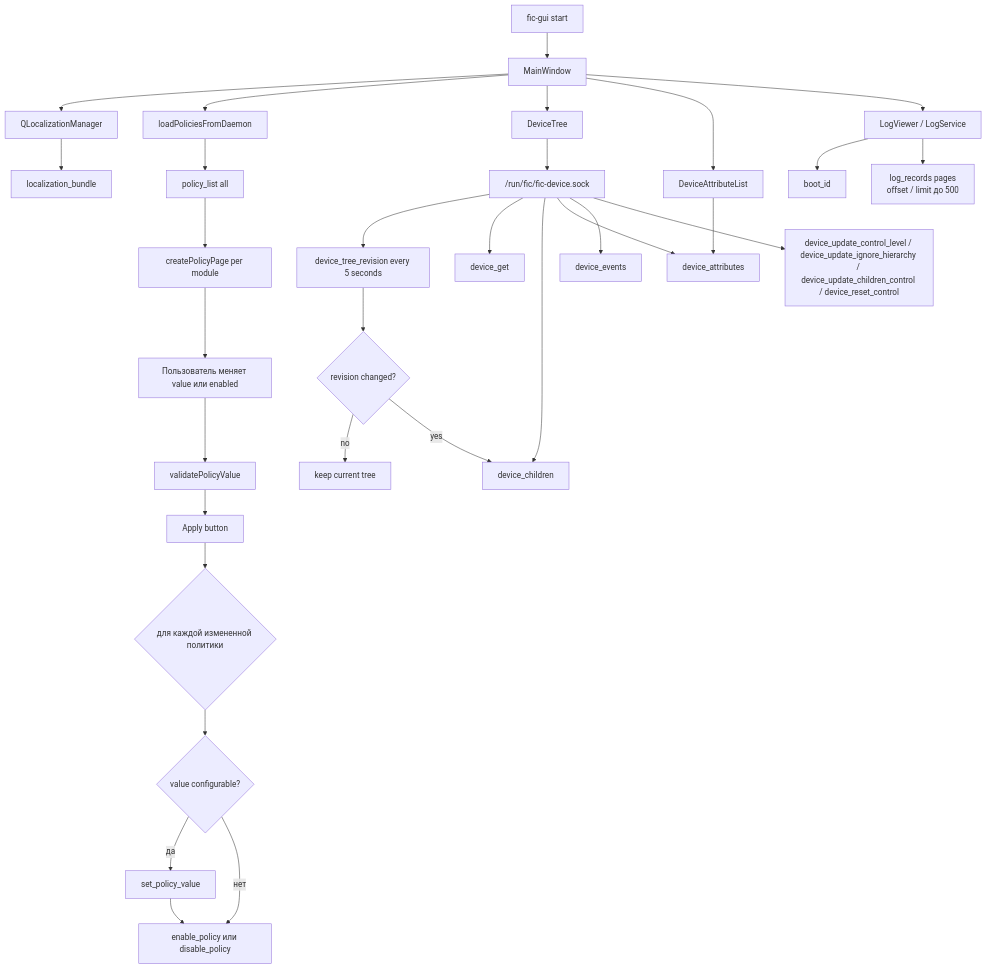
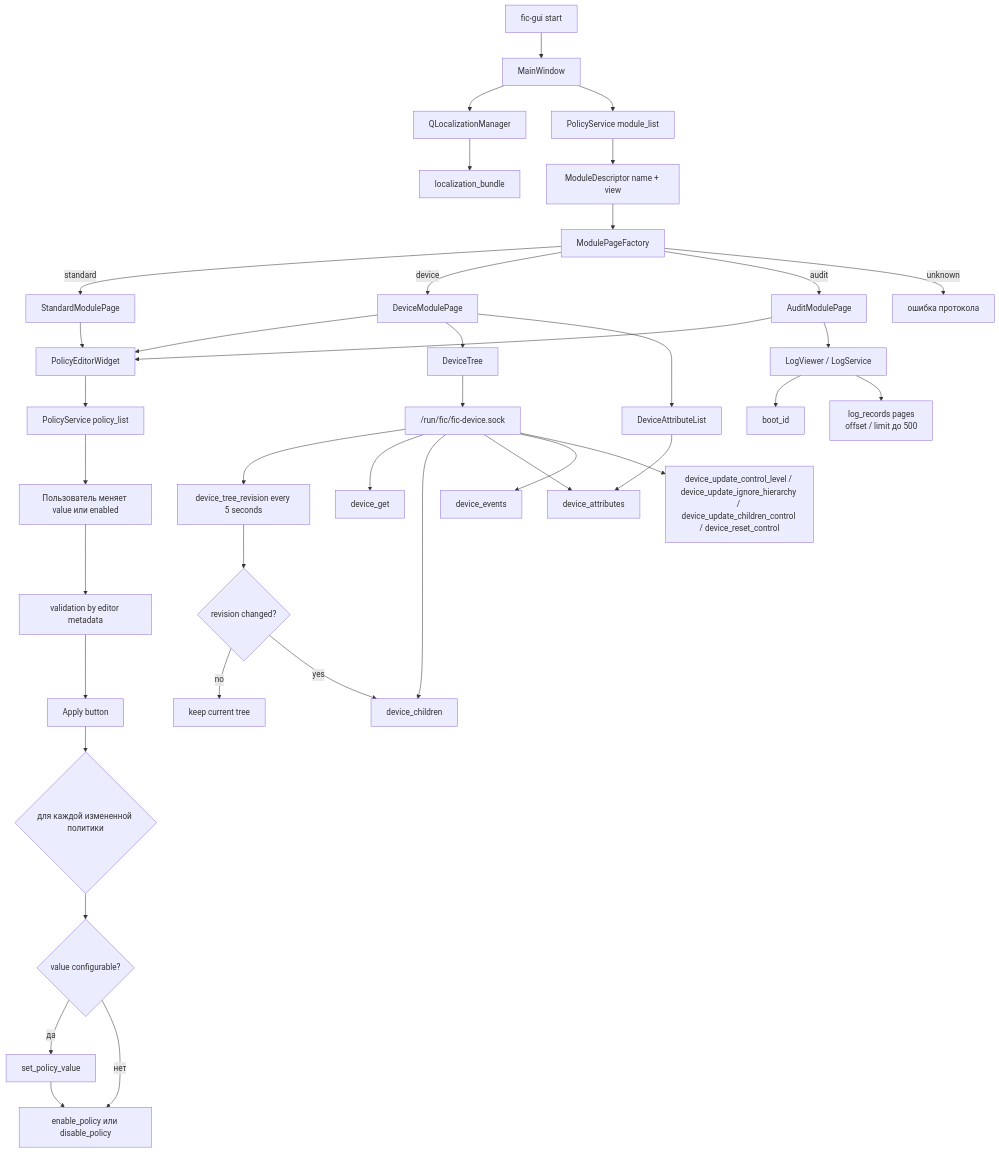
Diagram 17 of 20 in docs/architecture-diagrams.md (RevoltStar/FIC), drawn with Mermaid before and after one commit. The commit also changed other lines of this file and 79 other files, not shown here.

Commit message:
PolicyMap заменён на PolicyRegistry с модульным ModuleView. CLI и GUI переведены на новый контракт. Неизвестный view отклоняется

````diff
--- a/docs/architecture-diagrams.md
+++ b/docs/architecture-diagrams.md
@@ -756,39 +767,47 @@
 ```mermaid
 flowchart TD
     start[fic-gui start] --> mainWindow[MainWindow]
     mainWindow --> localization[QLocalizationManager]
     localization --> ipcLoc[localization_bundle]
 
-    mainWindow --> policyLoad[loadPoliciesFromDaemon]
-    policyLoad --> ipcPolicies[policy_list all]
-    ipcPolicies --> policyPages[createPolicyPage per module]
+    mainWindow --> moduleService[PolicyService module_list]
+    moduleService --> descriptors[ModuleDescriptor name + view]
+    descriptors --> pageFactory[ModulePageFactory]
+    pageFactory -->|standard| standardPage[StandardModulePage]
+    pageFactory -->|device| devicePage[DeviceModulePage]
+    pageFactory -->|audit| auditPage[AuditModulePage]
+    pageFactory -->|unknown| protocolError[ошибка протокола]
 
-    policyPages --> edit[Пользователь меняет value или enabled]
-    edit --> validateGui[validatePolicyValue]
+    standardPage --> policyEditor[PolicyEditorWidget]
+    devicePage --> policyEditor
+    auditPage --> policyEditor
+    policyEditor --> ipcPolicies[PolicyService policy_list]
+    ipcPolicies --> edit[Пользователь меняет value или enabled]
+    edit --> validateGui[validation by editor metadata]
     validateGui --> apply[Apply button]
     apply --> setLoop{для каждой измененной политики}
     setLoop --> setIfNeeded{value configurable?}
     setIfNeeded -->|да| setValue[set_policy_value]
     setIfNeeded -->|нет| state
     setValue --> state[enable_policy или disable_policy]
 
-    mainWindow --> deviceTree[DeviceTree]
+    devicePage --> deviceTree[DeviceTree]
     deviceTree --> deviceSock["/run/fic/fic-device.sock"]
     deviceSock --> devRevision[device_tree_revision every 5 seconds]
     deviceSock --> devGet[device_get]
     deviceSock --> devChildren[device_children]
     deviceSock --> devAttrs[device_attributes]
     deviceSock --> devEvents[device_events]
     deviceSock --> devControl[device_update_control_level / device_update_ignore_hierarchy / device_update_children_control / device_reset_control]
 
     devRevision --> changed{revision changed?}
     changed -->|no| keepTree[keep current tree]
     changed -->|yes| devChildren
 
-    mainWindow --> attrList[DeviceAttributeList]
+    devicePage --> attrList[DeviceAttributeList]
     attrList --> devAttrs
 
-    mainWindow --> logViewer[LogViewer / LogService]
+    auditPage --> logViewer[LogViewer / LogService]
     logViewer --> boot[boot_id]
     logViewer --> records[log_records pages<br/>offset / limit до 500]
 ```
````
